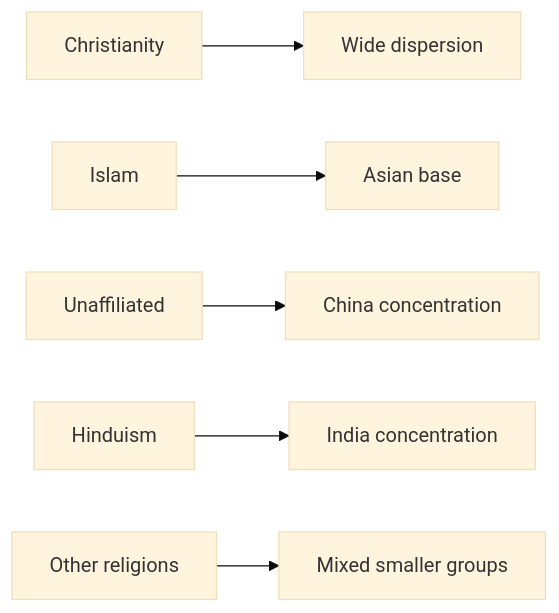
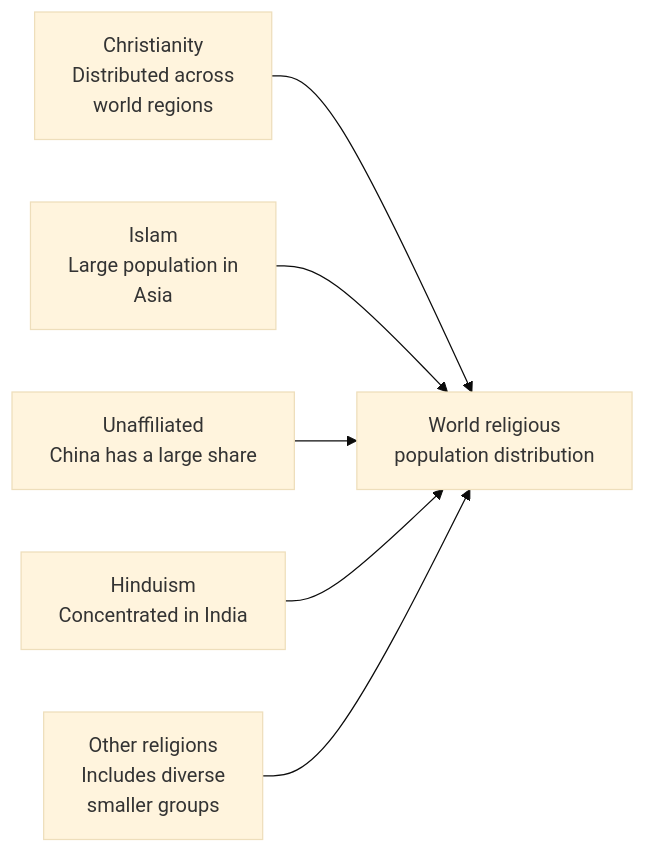
One commit to daylight55/research changed the diagram in articles/report/world-religions-demography/en/index.mdx. Above: the diagram before and after it, drawn with Mermaid (base theme). The commit also changed 181 other files, not shown here.

First line of the commit message:
全記事の図解368点を再生成し、共通注意書きを削除 (#402)

````diff
--- a/articles/report/world-religions-demography/en/index.mdx
+++ b/articles/report/world-religions-demography/en/index.mdx
@@ -34,8 +34,16 @@
 ```mermaid
 flowchart LR
-  C["Christianity"] --> D["Wide dispersion"]
-  M["Islam"] --> A["Asian base"]
-  N["Unaffiliated"] --> X["China concentration"]
-  H["Hinduism"] --> I["India concentration"]
-  O["Other religions"] --> L["Mixed smaller groups"]
+  accTitle: Religious population scale and regional concentration
+  accDescr: Christianity is widely distributed and Islam has a large Asian population. Note the concentration of unaffiliated people in China and Hindus in India.
+  N0["Christianity<br/>Distributed across<br/>world regions"]
+  N1["Islam<br/>Large population in<br/>Asia"]
+  N2["Unaffiliated<br/>China has a large share"]
+  N3["Hinduism<br/>Concentrated in India"]
+  N4["Other religions<br/>Includes diverse<br/>smaller groups"]
+  N5["World religious<br/>population distribution"]
+  N0 --> N5
+  N1 --> N5
+  N2 --> N5
+  N3 --> N5
+  N4 --> N5
 ```
````
